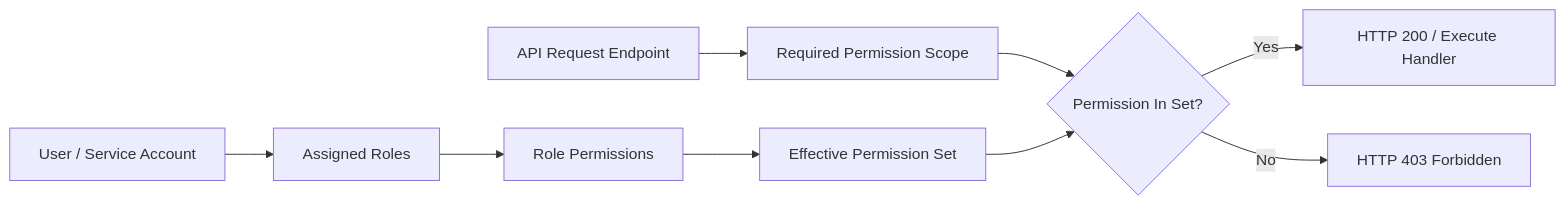
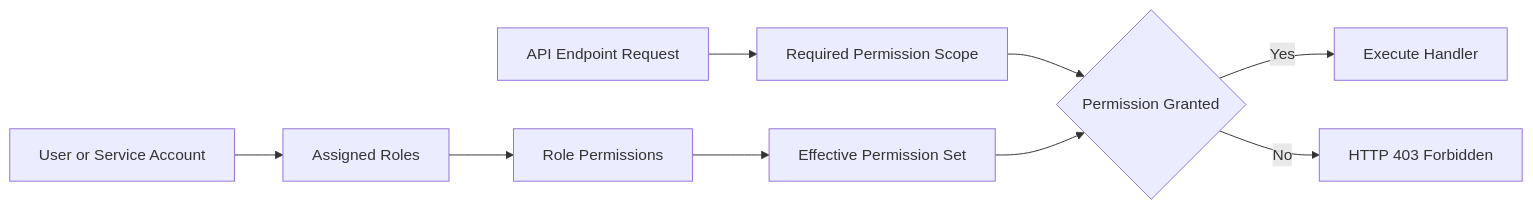
One commit to thakares/nx9-auth changed the fifth of 8 diagrams in docs/ARCHITECTURE.md. Above: the diagram before and after it, drawn with Mermaid. The commit also changed other lines of this file, not shown here.

Commit message:
docs: add architecture documentation and standardize filenames

````diff
--- a/docs/ARCHITECTURE.md
+++ b/docs/ARCHITECTURE.md
@@ -225,13 +197,11 @@
 ```mermaid
 flowchart LR
-    User[User / Service Account] --> UserRoles[Assigned Roles]
+    User[User or Service Account] --> UserRoles[Assigned Roles]
     UserRoles --> RolePermissions[Role Permissions]
     RolePermissions --> GlobalPermissions[Effective Permission Set]
-    
-    Request[API Request Endpoint] --> RequiredPerm[Required Permission Scope]
-    RequiredPerm --> AccessEvaluator{Permission In Set?}
+    Request[API Endpoint Request] --> RequiredPerm[Required Permission Scope]
+    RequiredPerm --> AccessEvaluator{Permission Granted}
     GlobalPermissions --> AccessEvaluator
-    
-    AccessEvaluator -- Yes --> Allow[HTTP 200 / Execute Handler]
+    AccessEvaluator -- Yes --> Allow[Execute Handler]
     AccessEvaluator -- No --> Deny[HTTP 403 Forbidden]
 ```
````
